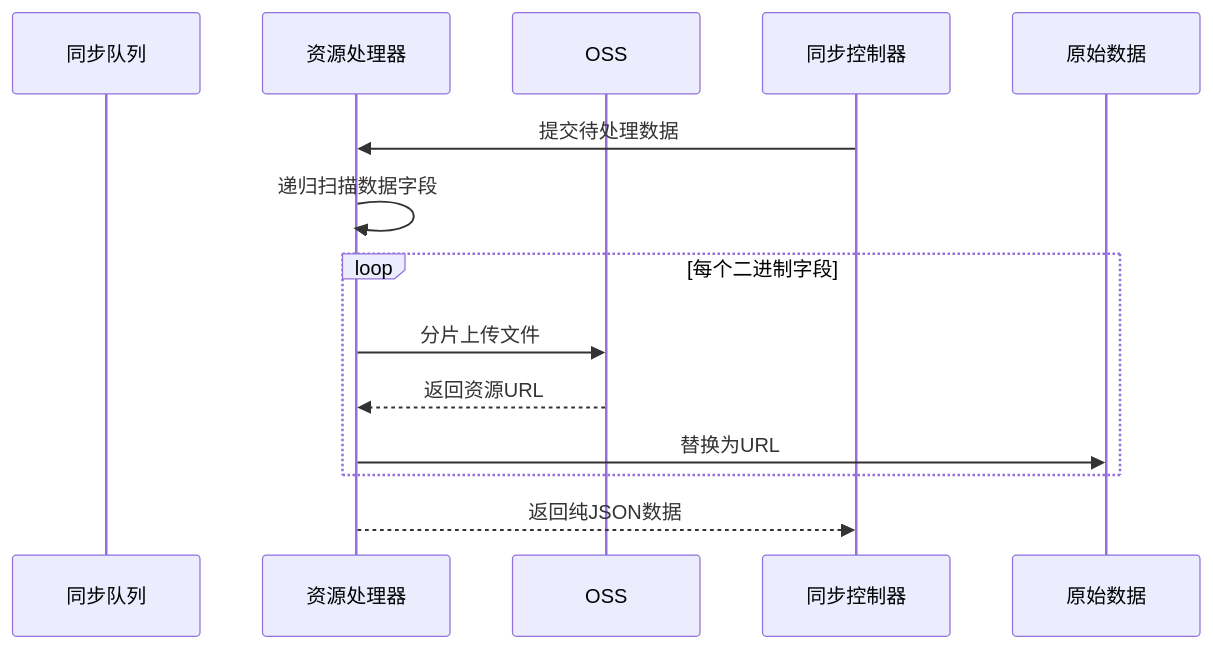
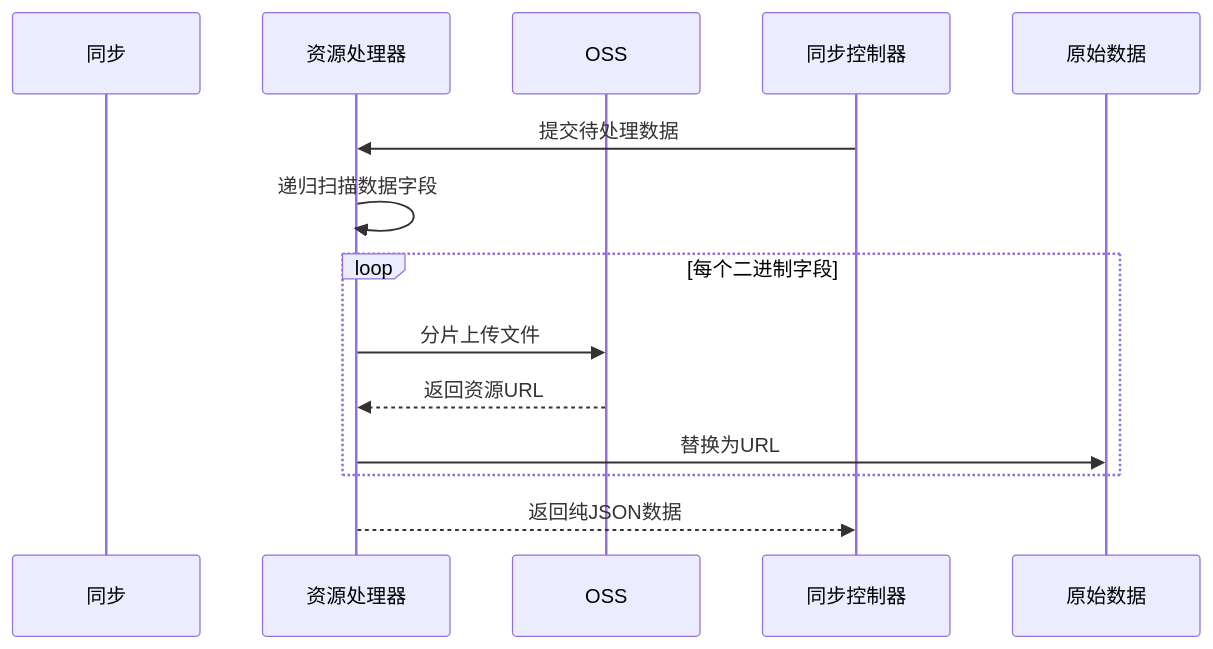
Before and after one commit to yingjianzh/iodraw-files: the diagram in all/未命名-24.md, drawn with Mermaid.

Commit message:
2025-02-24 10:11:02 update

````diff
--- a/all/未命名-24.md
+++ b/all/未命名-24.md
@@ -1,17 +1,17 @@
 ```mermaid
 
 sequenceDiagram
-    participant 同步队列
+    participant 同步
     participant 资源处理器
     participant OSS
 
     同步控制器->>资源处理器: 提交待处理数据
     资源处理器->>资源处理器: 递归扫描数据字段
     loop 每个二进制字段
         资源处理器->>OSS: 分片上传文件
         OSS-->>资源处理器: 返回资源URL
         资源处理器->>原始数据: 替换为URL
     end
     资源处理器-->>同步控制器: 返回纯JSON数据
 
 ```
````
